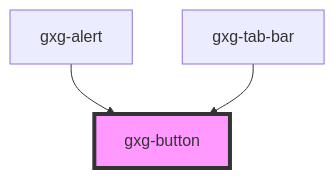
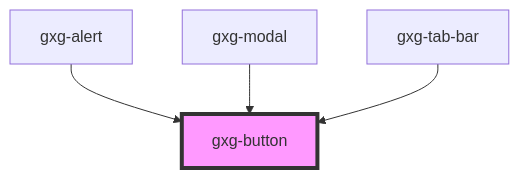
Before and after one commit to genexuslabs/gemini: the diagram in src/components/button/readme.md, drawn with Mermaid. The commit also changed other lines of this file and 107 other files, not shown here.

````diff
--- a/src/components/button/readme.md
+++ b/src/components/button/readme.md
@@ -32,6 +33,7 @@
 ```mermaid
 graph TD;
   gxg-alert --> gxg-button
+  gxg-modal --> gxg-button
   gxg-tab-bar --> gxg-button
   style gxg-button fill:#f9f,stroke:#333,stroke-width:4px
 ```
````
